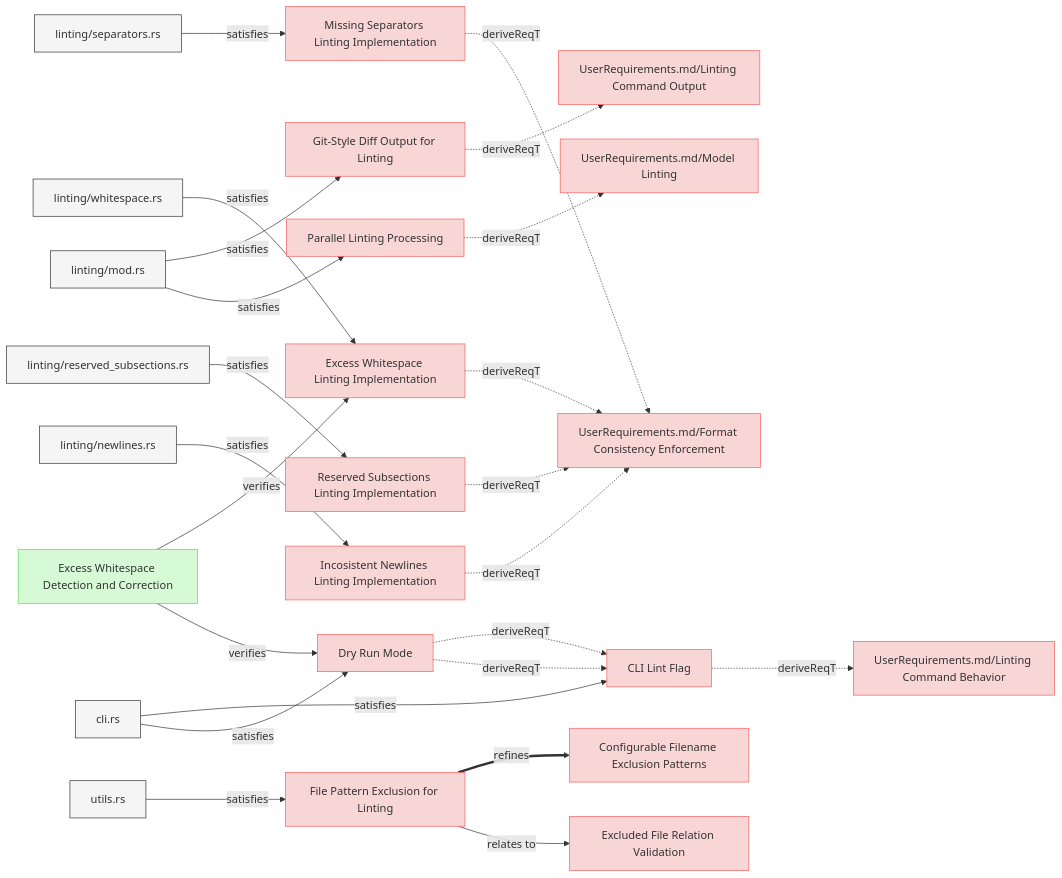
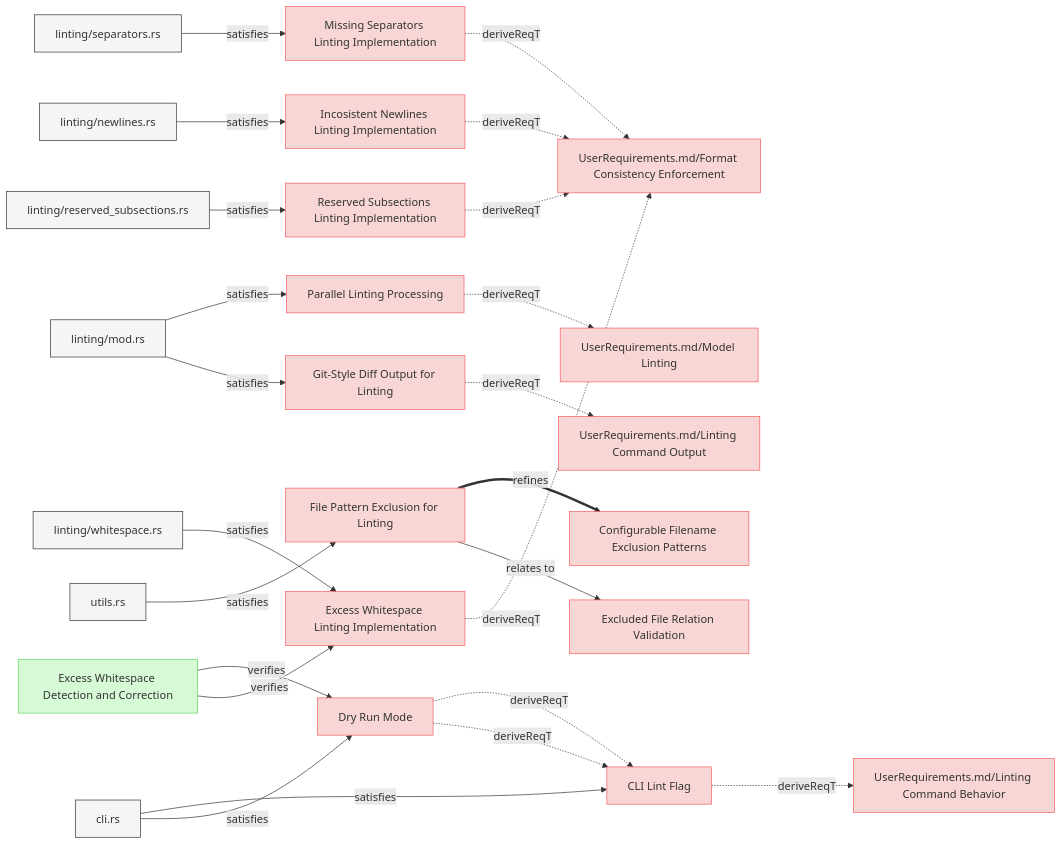
One commit to reqvire-org/reqvire changed the first of 8 diagrams in specifications/SystemRequirements/Requirements.md. Above: the diagram before and after it, drawn with Mermaid. The commit also changed other lines of this file and 7 other files, not shown here.

````diff
--- a/specifications/SystemRequirements/Requirements.md
+++ b/specifications/SystemRequirements/Requirements.md
@@ -9,17 +9,17 @@
   classDef externalLink fill:#d0e0ff,stroke:#3080ff,stroke-width:1px;
   classDef default fill:#f5f5f5,stroke:#333333,stroke-width:1px;
 
-  63f1cd4974["Git-Style Diff Output for Linting"];
-  click 63f1cd4974 "Requirements.md#git-style-diff-output-for-linting";
-  class 63f1cd4974 requirement;
-  808b1863c8["UserRequirements.md/Linting Command Output"];
-  class 808b1863c8 requirement;
-  click 808b1863c8 "../UserRequirements.md#linting-command-output";
-  63f1cd4974 -.->|deriveReqT| 808b1863c8;
+  66aa36deca["Parallel Linting Processing"];
+  click 66aa36deca "Requirements.md#parallel-linting-processing";
+  class 66aa36deca requirement;
+  103ddb8dc3["UserRequirements.md/Model Linting"];
+  class 103ddb8dc3 requirement;
+  click 103ddb8dc3 "../UserRequirements.md#model-linting";
+  66aa36deca -.->|deriveReqT| 103ddb8dc3;
   8b47697e4e["linting/mod.rs"];
   class 8b47697e4e default;
   click 8b47697e4e "../../core/src/linting/mod.rs";
-  8b47697e4e -->|satisfies| 63f1cd4974;
+  8b47697e4e -->|satisfies| 66aa36deca;
   dd0846393d["Missing Separators Linting Implementation"];
   click dd0846393d "Requirements.md#missing-separators-linting-implementation";
   class dd0846393d requirement;
@@ -31,26 +31,37 @@
   class 9abe404e42 default;
   click 9abe404e42 "../../core/src/linting/separators.rs";
   9abe404e42 -->|satisfies| dd0846393d;
-  66aa36deca["Parallel Linting Processing"];
-  click 66aa36deca "Requirements.md#parallel-linting-processing";
-  class 66aa36deca requirement;
-  103ddb8dc3["UserRequirements.md/Model Linting"];
-  class 103ddb8dc3 requirement;
-  click 103ddb8dc3 "../UserRequirements.md#model-linting";
-  66aa36deca -.->|deriveReqT| 103ddb8dc3;
-  8b47697e4e -->|satisfies| 66aa36deca;
-  3f3d3f9ccb["Excess Whitespace Linting Implementation"];
-  click 3f3d3f9ccb "Requirements.md#excess-whitespace-linting-implementation";
-  class 3f3d3f9ccb requirement;
-  3f3d3f9ccb -.->|deriveReqT| 81758bdb22;
-  bb06efd0b8["linting/whitespace.rs"];
-  class bb06efd0b8 default;
-  click bb06efd0b8 "../../core/src/linting/whitespace.rs";
-  bb06efd0b8 -->|satisfies| 3f3d3f9ccb;
-  4cd0fe733f["Excess Whitespace Detection and Correction"];
-  class 4cd0fe733f verification;
-  click 4cd0fe733f "../Verifications/LintingTests.md#excess-whitespace-detection-and-correction";
-  4cd0fe733f -->|verifies| 3f3d3f9ccb;
+  f98ae394db["Incosistent Newlines Linting Implementation"];
+  click f98ae394db "Requirements.md#incosistent-newlines-linting-implementation";
+  class f98ae394db requirement;
+  f98ae394db -.->|deriveReqT| 81758bdb22;
+  b52472a7cc["linting/newlines.rs"];
+  class b52472a7cc default;
+  click b52472a7cc "../../core/src/linting/newlines.rs";
+  b52472a7cc -->|satisfies| f98ae394db;
+  45770e9b31["File Pattern Exclusion for Linting"];
+  click 45770e9b31 "Requirements.md#file-pattern-exclusion-for-linting";
+  class 45770e9b31 requirement;
+  cc8128cae3["Configurable Filename Exclusion Patterns"];
+  class cc8128cae3 requirement;
+  click cc8128cae3 "Requirements.md#configurable-filename-exclusion-patterns";
+  45770e9b31 ==>|refines| cc8128cae3;
+  3189923c3f["utils.rs"];
+  class 3189923c3f default;
+  click 3189923c3f "../../core/src/utils.rs";
+  3189923c3f -->|satisfies| 45770e9b31;
+  c5c85bedd1["Excluded File Relation Validation"];
+  class c5c85bedd1 requirement;
+  click c5c85bedd1 "Requirements.md#excluded-file-relation-validation";
+  45770e9b31 -->|relates to| c5c85bedd1;
+  63f1cd4974["Git-Style Diff Output for Linting"];
+  click 63f1cd4974 "Requirements.md#git-style-diff-output-for-linting";
+  class 63f1cd4974 requirement;
+  808b1863c8["UserRequirements.md/Linting Command Output"];
+  class 808b1863c8 requirement;
+  click 808b1863c8 "../UserRequirements.md#linting-command-output";
+  63f1cd4974 -.->|deriveReqT| 808b1863c8;
+  8b47697e4e -->|satisfies| 63f1cd4974;
   fffbb22796["CLI Lint Flag"];
   click fffbb22796 "Requirements.md#cli-lint-flag";
   class fffbb22796 requirement;
@@ -66,24 +77,6 @@
   class 8f2198f681 requirement;
   click 8f2198f681 "Requirements.md#dry-run-mode";
   8f2198f681 -.->|deriveReqT| fffbb22796;
-  45770e9b31["File Pattern Exclusion for Linting"];
-  click 45770e9b31 "Requirements.md#file-pattern-exclusion-for-linting";
-  class 45770e9b31 requirement;
-  cc8128cae3["Configurable Filename Exclusion Patterns"];
-  class cc8128cae3 requirement;
-  click cc8128cae3 "Requirements.md#configurable-filename-exclusion-patterns";
-  45770e9b31 ==>|refines| cc8128cae3;
-  3189923c3f["utils.rs"];
-  class 3189923c3f default;
-  click 3189923c3f "../../core/src/utils.rs";
-  3189923c3f -->|satisfies| 45770e9b31;
-  c5c85bedd1["Excluded File Relation Validation"];
-  class c5c85bedd1 requirement;
-  click c5c85bedd1 "Requirements.md#excluded-file-relation-validation";
-  45770e9b31 -->|relates to| c5c85bedd1;
-  8f2198f681 -.->|deriveReqT| fffbb22796;
-  11ffc4632a -->|satisfies| 8f2198f681;
-  4cd0fe733f -->|verifies| 8f2198f681;
   193cd64638["Reserved Subsections Linting Implementation"];
   click 193cd64638 "Requirements.md#reserved-subsections-linting-implementation";
   class 193cd64638 requirement;
@@ -92,12 +85,19 @@
   class 3aaafb0eaf default;
   click 3aaafb0eaf "../../core/src/linting/indentation.rs";
   3aaafb0eaf -->|satisfies| 193cd64638;
-  f98ae394db["Incosistent Newlines Linting Implementation"];
-  click f98ae394db "Requirements.md#incosistent-newlines-linting-implementation";
-  class f98ae394db requirement;
-  f98ae394db -.->|deriveReqT| 81758bdb22;
-  b52472a7cc["linting/newlines.rs"];
-  class b52472a7cc default;
-  click b52472a7cc "../../core/src/linting/newlines.rs";
-  b52472a7cc -->|satisfies| f98ae394db;
+  8f2198f681 -.->|deriveReqT| fffbb22796;
+  11ffc4632a -->|satisfies| 8f2198f681;
+  4cd0fe733f["Excess Whitespace Detection and Correction"];
+  class 4cd0fe733f verification;
+  click 4cd0fe733f "../Verifications/LintingTests.md#excess-whitespace-detection-and-correction";
+  4cd0fe733f -->|verifies| 8f2198f681;
+  3f3d3f9ccb["Excess Whitespace Linting Implementation"];
+  click 3f3d3f9ccb "Requirements.md#excess-whitespace-linting-implementation";
+  class 3f3d3f9ccb requirement;
+  3f3d3f9ccb -.->|deriveReqT| 81758bdb22;
+  bb06efd0b8["linting/whitespace.rs"];
+  class bb06efd0b8 default;
+  click bb06efd0b8 "../../core/src/linting/whitespace.rs";
+  bb06efd0b8 -->|satisfies| 3f3d3f9ccb;
+  4cd0fe733f -->|verifies| 3f3d3f9ccb;
 ```
````
